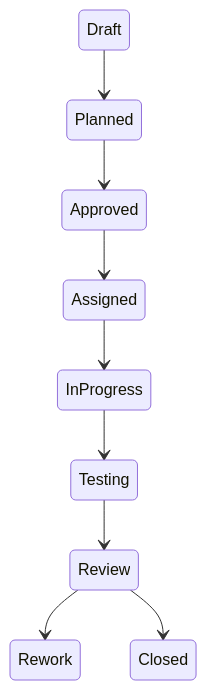
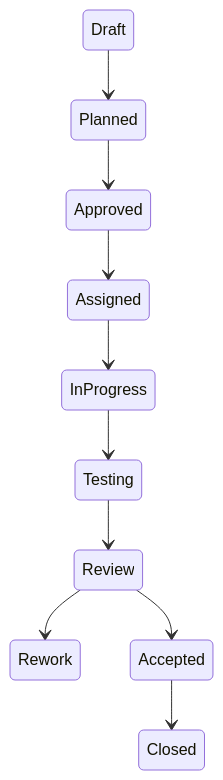
Before and after one commit to fr4gus/ai-engineering-framework-poc: the third of 3 diagrams in docs/system-architecture-overview.md, drawn with Mermaid. The commit also changed other lines of this file and 112 other files, not shown here.

````diff
--- a/docs/system-architecture-overview.md
+++ b/docs/system-architecture-overview.md
@@ -113,12 +115,13 @@
 ```mermaid
 stateDiagram-v2
 
 Draft --> Planned
 Planned --> Approved
 Approved --> Assigned
 Assigned --> InProgress
 InProgress --> Testing
 Testing --> Review
 Review --> Rework
-Review --> Closed
+Review --> Accepted
+Accepted --> Closed
 ```
````
